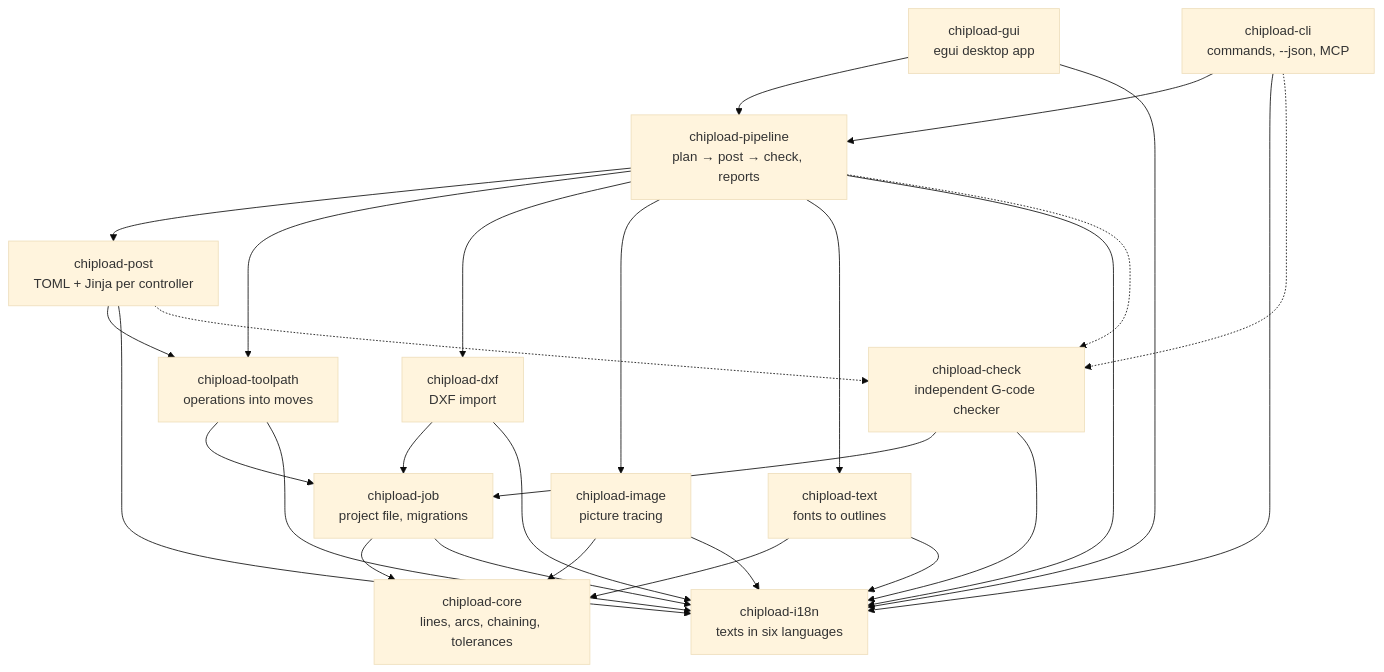
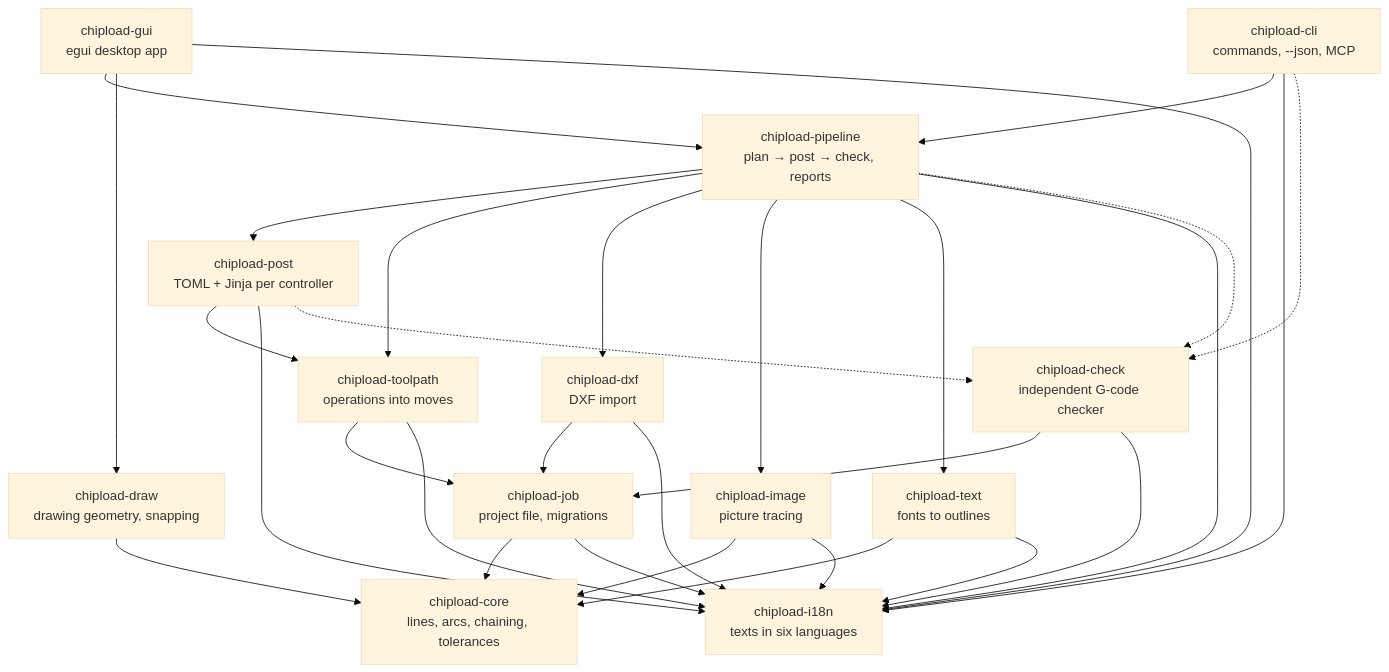
The diagram in docs/architecture.md (chipload/chipload), drawn with Mermaid (base theme) before and after one commit. The commit also changed other lines of this file and 22 other files, not shown here.

First line of the commit message:
chipload-draw: snapping to intersections, quadrants, perpendicular, tangent, nearest

````diff
--- a/docs/architecture.md
+++ b/docs/architecture.md
@@ -15,30 +15,32 @@
 ```mermaid
 flowchart TB
     gui["chipload-gui<br/>egui desktop app"] --> pipeline
     cli["chipload-cli<br/>commands, --json, MCP"] --> pipeline
     pipeline["chipload-pipeline<br/>plan → post → check, reports"] --> post
     pipeline --> toolpath & dxf & image & text
     post["chipload-post<br/>TOML + Jinja per controller"] --> toolpath
     toolpath["chipload-toolpath<br/>operations into moves"] --> job
     dxf["chipload-dxf<br/>DXF import"] --> job
     image["chipload-image<br/>picture tracing"] --> core
     text["chipload-text<br/>fonts to outlines"] --> core
+    draw["chipload-draw<br/>drawing geometry, snapping"] --> core
+    gui --> draw
     job["chipload-job<br/>project file, migrations"] --> core
     core["chipload-core<br/>lines, arcs, chaining, tolerances"]
     i18n["chipload-i18n<br/>texts in six languages"]
     gui --> i18n
     cli --> i18n
     job --> i18n
     toolpath --> i18n
     dxf --> i18n
     image --> i18n
     text --> i18n
     post --> i18n
     pipeline --> i18n
 
     check["chipload-check<br/>independent G-code checker"] --> job
     check --> i18n
     pipeline -.-> check
     post -.-> check
     cli -.-> check
 ```
````
